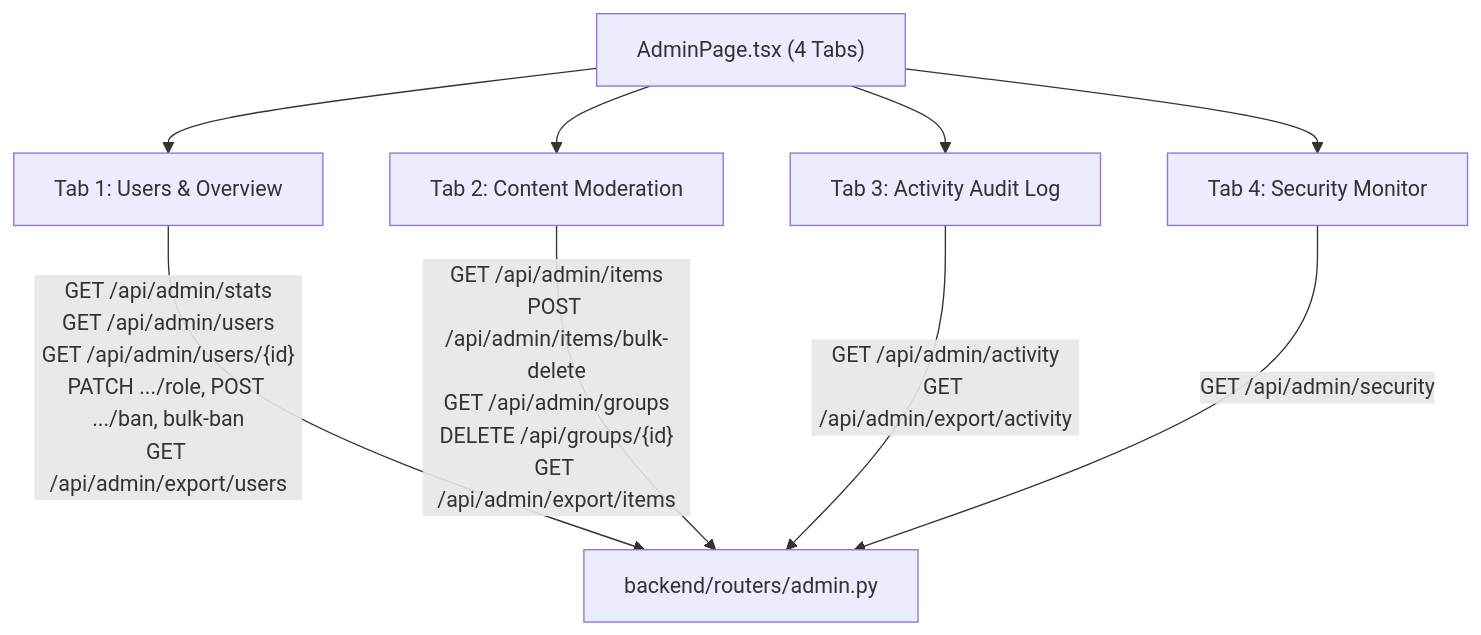
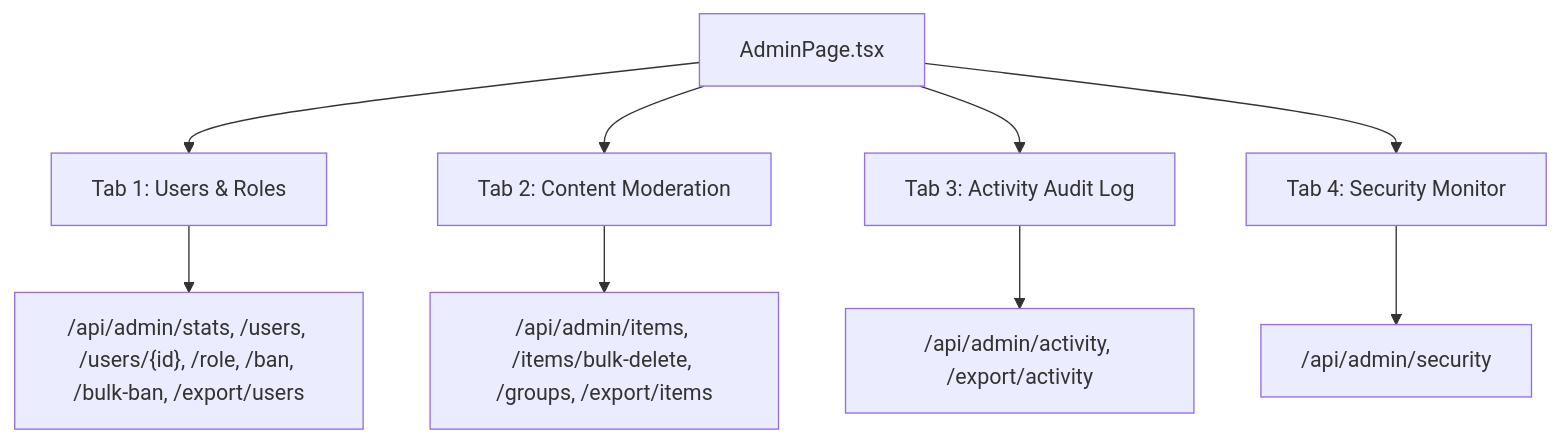
One commit to Ishmam2001/saaa changed the sixth of 7 diagrams in docs/FINAL_REPORT.md. Above: the diagram before and after it, drawn with Mermaid. The commit also changed other lines of this file, not shown here.

````diff
--- a/docs/FINAL_REPORT.md
+++ b/docs/FINAL_REPORT.md
@@ -817,18 +590,12 @@
 ```mermaid
 flowchart TD
-    AdminUI["AdminPage.tsx (4 Tabs)"]
-    Tab1["Tab 1: Users & Overview"]
-    Tab2["Tab 2: Content Moderation"]
-    Tab3["Tab 3: Activity Audit Log"]
-    Tab4["Tab 4: Security Monitor"]
+    Admin["AdminPage.tsx"] --> T1["Tab 1: Users & Roles"]
+    Admin --> T2["Tab 2: Content Moderation"]
+    Admin --> T3["Tab 3: Activity Audit Log"]
+    Admin --> T4["Tab 4: Security Monitor"]
 
-    AdminUI --> Tab1
-    AdminUI --> Tab2
-    AdminUI --> Tab3
-    AdminUI --> Tab4
-
-    Tab1 -->|"GET /api/admin/stats\nGET /api/admin/users\nGET /api/admin/users/{id}\nPATCH .../role, POST .../ban, bulk-ban\nGET /api/admin/export/users"| AdminRouter["backend/routers/admin.py"]
-    Tab2 -->|"GET /api/admin/items\nPOST /api/admin/items/bulk-delete\nGET /api/admin/groups\nDELETE /api/groups/{id}\nGET /api/admin/export/items"| AdminRouter
-    Tab3 -->|"GET /api/admin/activity\nGET /api/admin/export/activity"| AdminRouter
-    Tab4 -->|"GET /api/admin/security"| AdminRouter
+    T1 --> E1["/api/admin/stats, /users, /users/{id}, /role, /ban, /bulk-ban, /export/users"]
+    T2 --> E2["/api/admin/items, /items/bulk-delete, /groups, /export/items"]
+    T3 --> E3["/api/admin/activity, /export/activity"]
+    T4 --> E4["/api/admin/security"]
 ```
````
